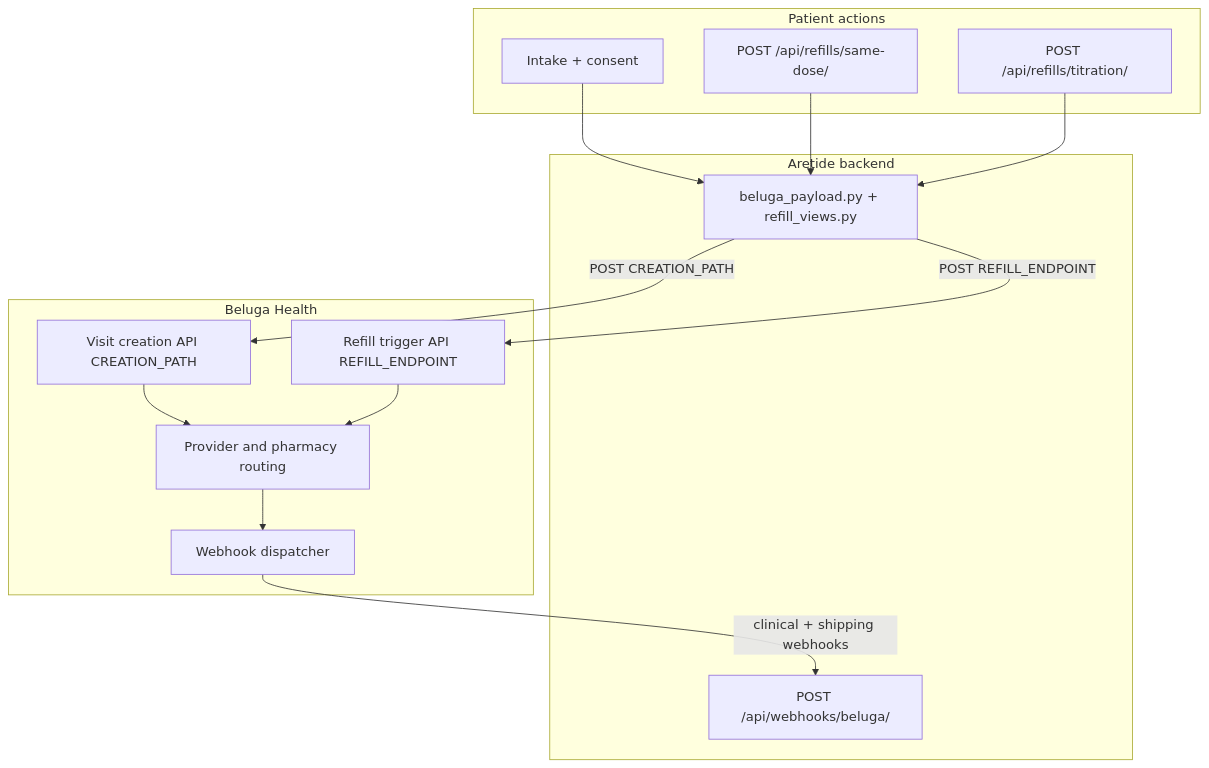
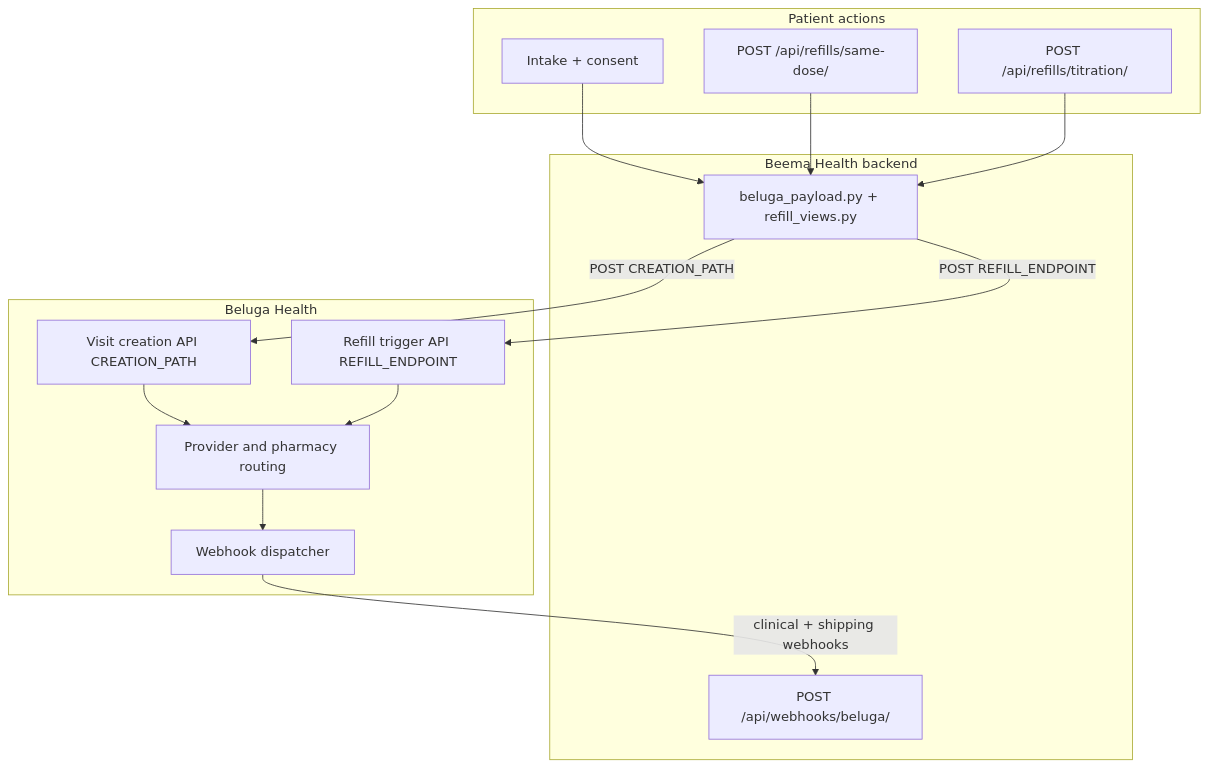
One commit to BeemaHealth/BeemaHealth changed the diagram in docs/features/diagrams/overview.mmd. Above: the diagram before and after it, drawn with Mermaid. The commit also changed 78 other files, not shown here.

```diff
--- a/docs/features/diagrams/overview.mmd
+++ b/docs/features/diagrams/overview.mmd
@@ -1,28 +1,28 @@
 flowchart TB
   subgraph patient [Patient actions]
     NewFlow[Intake + consent]
     RefillFlow["POST /api/refills/same-dose/"]
     TitrationFlow["POST /api/refills/titration/"]
   end
 
-  subgraph aretide [Aretide backend]
+  subgraph aretide [Beema Health backend]
     Payload["beluga_payload.py + refill_views.py"]
     WebhookRx["POST /api/webhooks/beluga/"]
   end
 
   subgraph beluga [Beluga Health]
     VisitAPI["Visit creation API CREATION_PATH"]
     RefillAPI["Refill trigger API REFILL_ENDPOINT"]
     Review[Provider and pharmacy routing]
     WH[Webhook dispatcher]
   end
 
   NewFlow --> Payload
   RefillFlow --> Payload
   TitrationFlow --> Payload
   Payload -->|"POST CREATION_PATH"| VisitAPI
   Payload -->|"POST REFILL_ENDPOINT"| RefillAPI
   VisitAPI --> Review
   RefillAPI --> Review
   Review --> WH
   WH -->|"clinical + shipping webhooks"| WebhookRx
```
